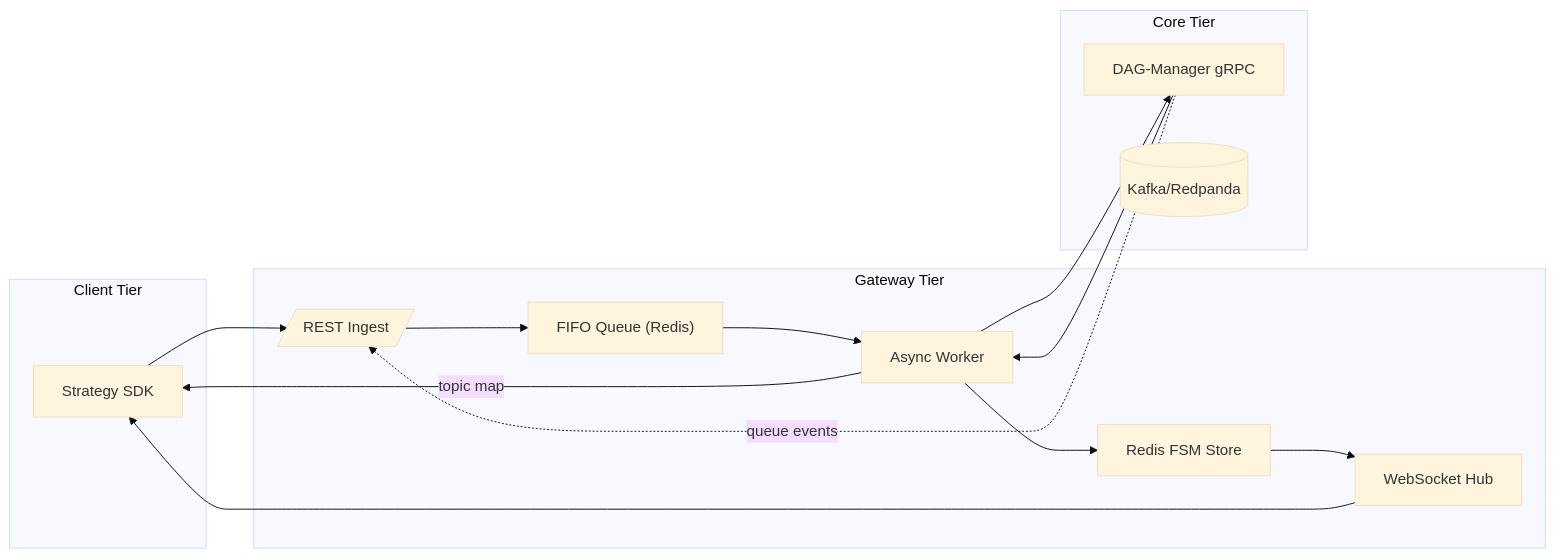
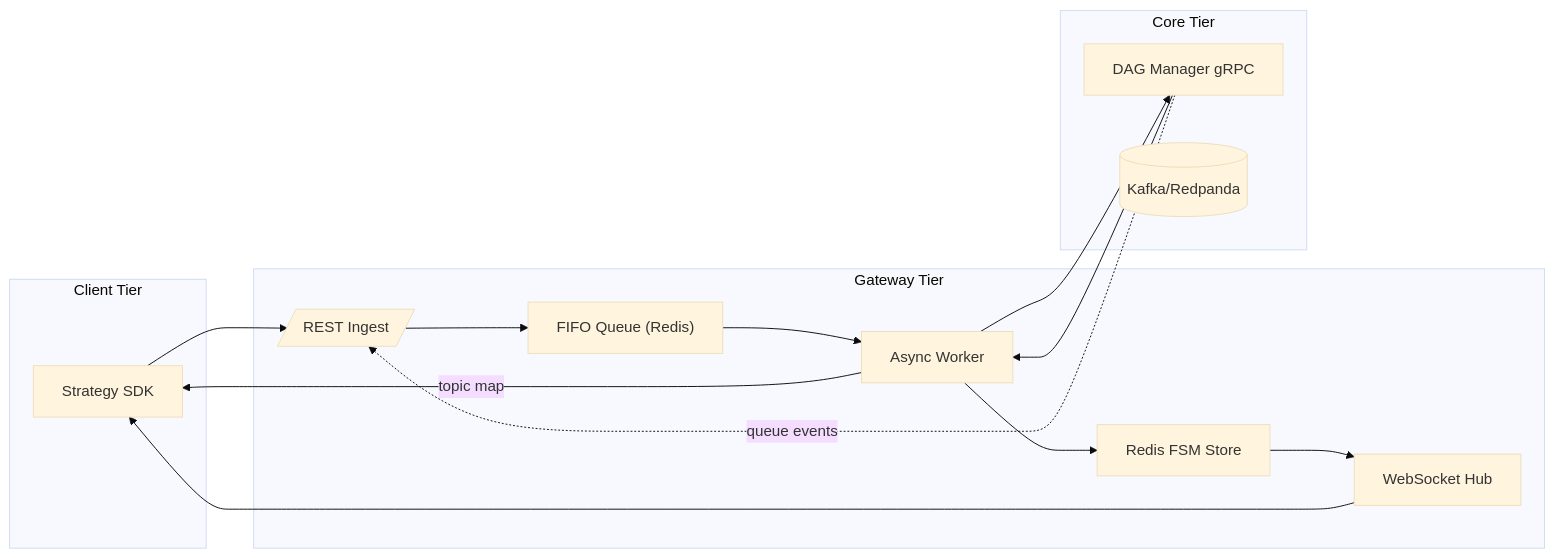
The diagram in gateway.md (hyophyop/qmtl), drawn with Mermaid (base theme) before and after one commit. The commit also changed other lines of this file and 24 other files, not shown here.

Commit message:
Unify DAG Manager naming

````diff
--- a/gateway.md
+++ b/gateway.md
@@ -28,21 +28,21 @@
 ```mermaid
 graph LR
     subgraph Client Tier
        SDK["Strategy SDK"]
     end
     subgraph Gateway Tier
        Ingest[/REST Ingest/]
        FIFO["FIFO Queue (Redis)"]
        Worker["Async Worker"]
        FSM["Redis FSM Store"]
        WS["WebSocket Hub"]
     end
     subgraph Core Tier
-       DAGM["DAG‑Manager gRPC"]
+       DAGM["DAG Manager gRPC"]
        KAFKA[(Kafka/Redpanda)]
     end
     SDK --> Ingest --> FIFO --> Worker --> DAGM
     DAGM --> Worker --> FSM --> WS --> SDK
     Worker -->|topic map| SDK
     DAGM-.->|queue events|Ingest
 ```
````
